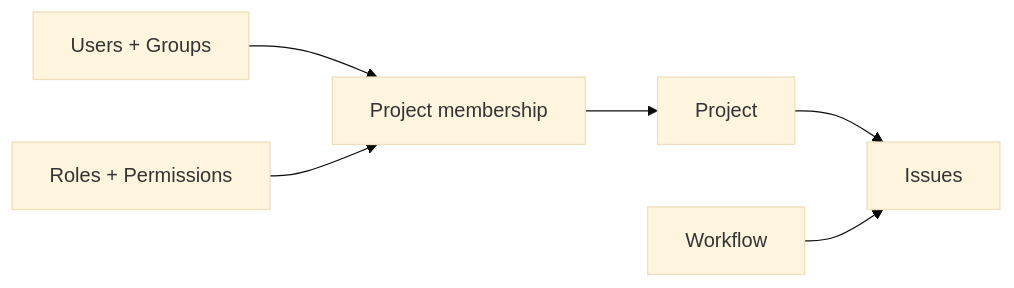
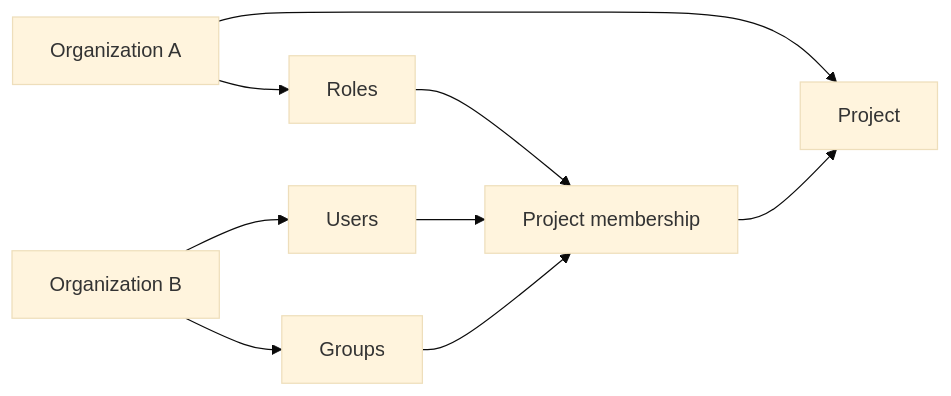
One commit to taskmigo/docs changed the diagram in content/versions/v0/index.mdx. Above: the diagram before and after it, drawn with Mermaid (base theme). The commit also changed other lines of this file and 23 other files, not shown here.

````diff
--- a/content/versions/v0/index.mdx
+++ b/content/versions/v0/index.mdx
@@ -10,8 +9,11 @@
 ```mermaid
 flowchart LR
-  people["Users + Groups"] --> membership["Project membership"]
-  roles["Roles + Permissions"] --> membership
-  membership --> project["Project"]
-  project --> issue["Issues"]
-  workflow["Workflow"] --> issue
+  orgA[Organization A] --> project[Project]
+  orgA --> role[Roles]
+  orgB[Organization B] --> users[Users]
+  orgB --> groups[Groups]
+  users --> membership[Project membership]
+  groups --> membership
+  role --> membership
+  membership --> project
 ```
````
